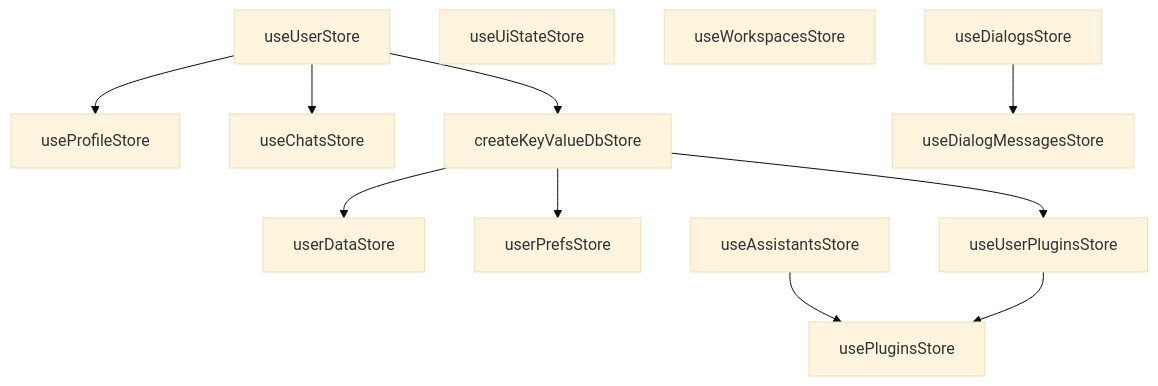
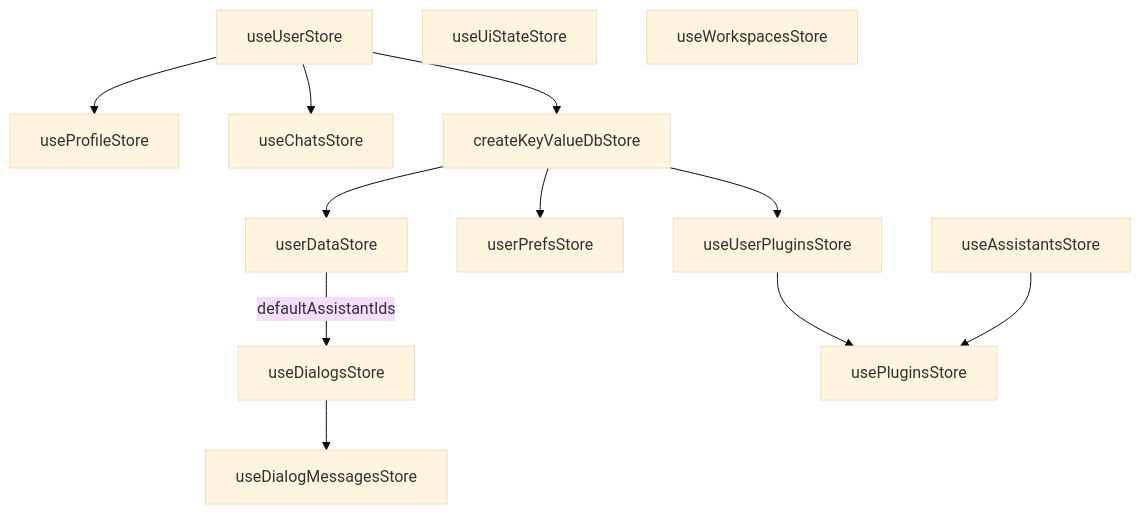
One commit to dasein108/AIaW changed the third of 6 diagrams in src/docs/STORE_DIAGRAM.md. Above: the diagram before and after it, drawn with Mermaid (base theme). The commit also changed other lines of this file and 7 other files, not shown here.

````diff
--- a/src/docs/STORE_DIAGRAM.md
+++ b/src/docs/STORE_DIAGRAM.md
@@ -51,37 +52,38 @@
 ```mermaid
 graph TD
     %% Core Stores
     UserStore[useUserStore]
     UiStateStore[useUiStateStore]
     UserDataStore[userDataStore]
     UserPrefsStore[userPrefsStore]
-    
+
     %% Feature Stores
     ProfileStore[useProfileStore]
     ChatsStore[useChatsStore]
     WorkspacesStore[useWorkspacesStore]
     DialogsStore[useDialogsStore]
     DialogMessagesStore[useDialogMessagesStore]
     AssistantsStore[useAssistantsStore]
     PluginsStore[usePluginsStore]
     UserPluginsStore[useUserPluginsStore]
-    
+
     %% Utilities
     KeyValueDbStore[createKeyValueDbStore]
-    
+
     %% Dependencies
     UserStore --> ProfileStore
     UserStore --> ChatsStore
     UserStore --> KeyValueDbStore
-    
+
     KeyValueDbStore --> UserDataStore
     KeyValueDbStore --> UserPrefsStore
     KeyValueDbStore --> UserPluginsStore
-    
+
     DialogsStore --> DialogMessagesStore
-    
+    UserDataStore -- "defaultAssistantIds" --> DialogsStore
+
     UserPluginsStore --> PluginsStore
     AssistantsStore --> PluginsStore
-    
+
     %% Initialization dependencies are not shown for clarity
 ```
````
